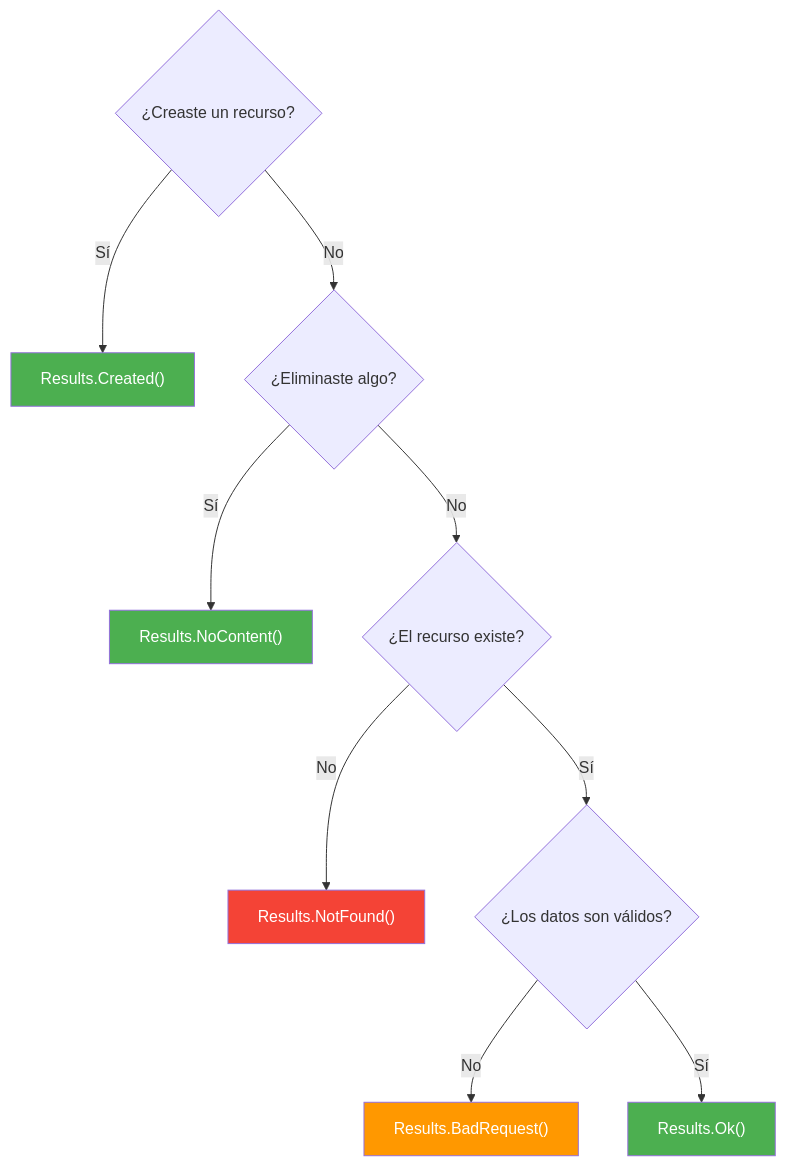
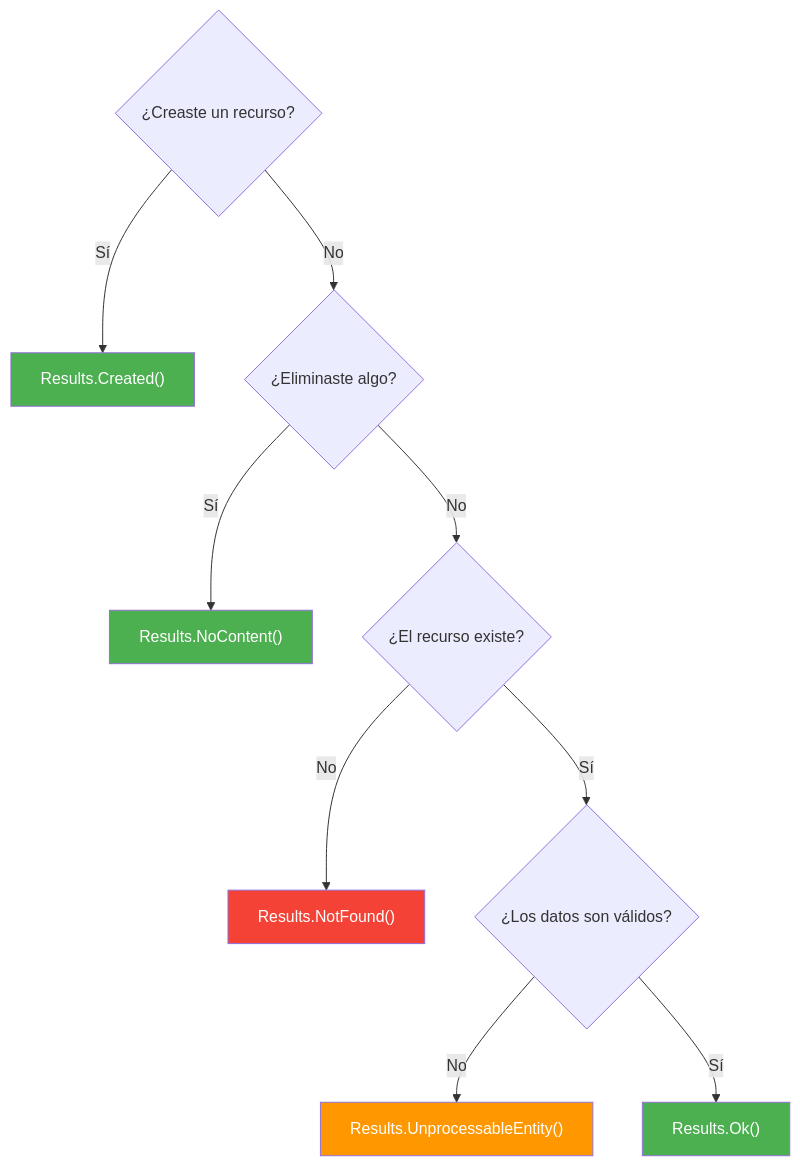
Before and after one commit to joseluisgs/DesarrolloWebEntornosServidor-02-2026-2027: the fourth of 4 diagrams in 03-minimal-apis.md, drawn with Mermaid. The commit also changed other lines of this file and 33 other files, not shown here.

````diff
--- a/03-minimal-apis.md
+++ b/03-minimal-apis.md
@@ -208,16 +237,16 @@
 ```mermaid
 flowchart TD
     A{"¿Creaste un recurso?"} -->|Sí| B["Results.Created()"]
     A -->|No| C{"¿Eliminaste algo?"}
     C -->|Sí| D["Results.NoContent()"]
     C -->|No| E{"¿El recurso existe?"}
     E -->|No| F["Results.NotFound()"]
     E -->|Sí| G{"¿Los datos son válidos?"}
-    G -->|No| H["Results.BadRequest()"]
+    G -->|No| H["Results.UnprocessableEntity()"]
     G -->|Sí| I["Results.Ok()"]
     style B fill:#4CAF50,color:#fff
     style D fill:#4CAF50,color:#fff
     style F fill:#f44336,color:#fff
     style H fill:#FF9800,color:#fff
     style I fill:#4CAF50,color:#fff
 ```
````
